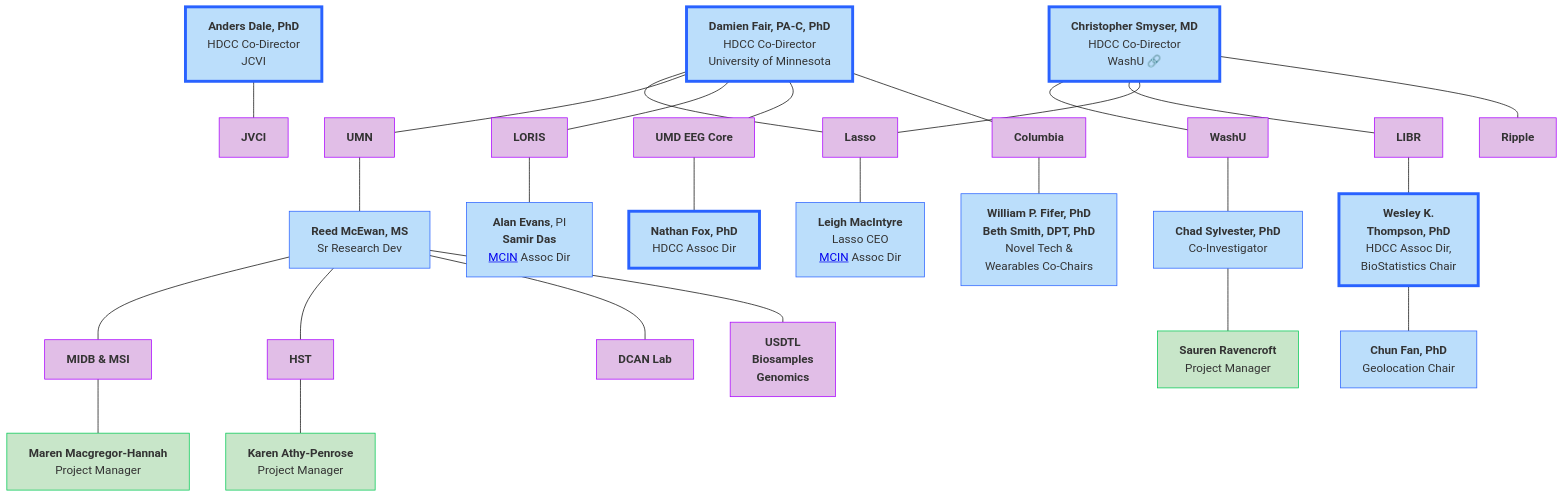
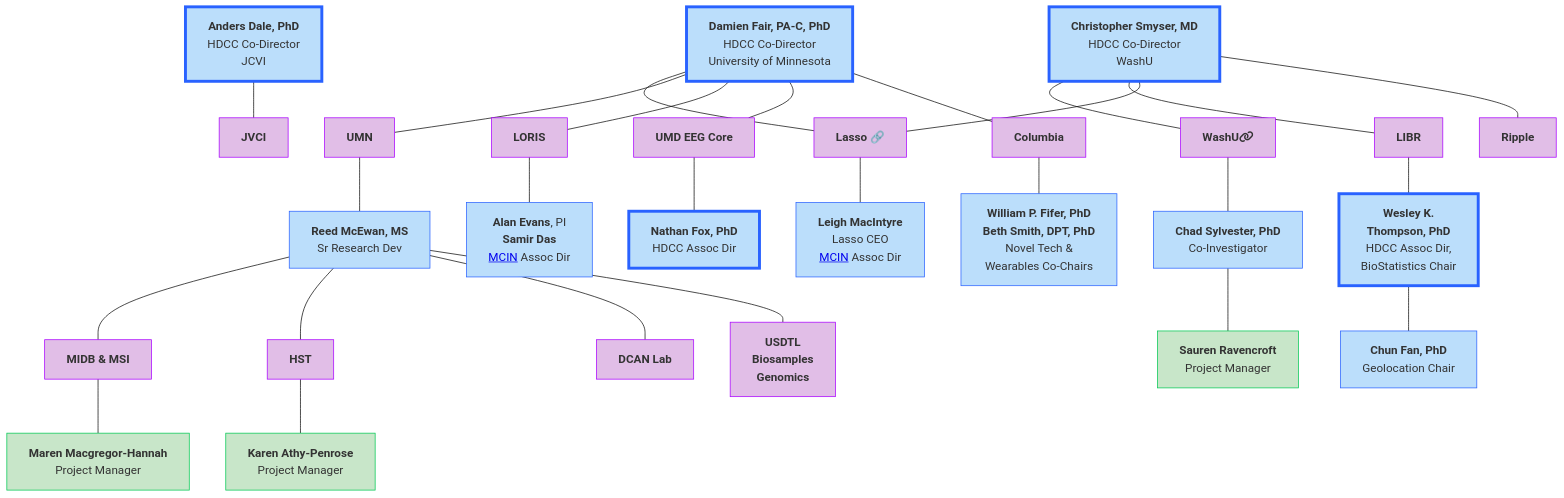
The first of 9 diagrams in docs/orgcharts.md (DCAN-Labs/hbcd-docs-internal), drawn with Mermaid (base theme) before and after one commit.

Commit message:
add link emojis test

````diff
--- a/docs/orgcharts.md
+++ b/docs/orgcharts.md
@@ -12,54 +12,54 @@
 ```mermaid
 flowchart TB
     n2["<b>Anders Dale, PhD<br></b>HDCC Co-Director<br>JCVI"] --- jvci["<b>JVCI</b>"]
-    E["<b>Damien Fair, PA-C, PhD</b><br>HDCC Co-Director<br>University of Minnesota"] --- lasso["<b>Lasso</b>"] & umn["<b>UMN</b>"] & n7["<b>LORIS</b>"] & n8["<b>UMD EEG Core</b>"] & n11["<b>Columbia</b>"]
+    E["<b>Damien Fair, PA-C, PhD</b><br>HDCC Co-Director<br>University of Minnesota"] --- lasso["<b>Lasso</b> 🔗"] & umn["<b>UMN</b>"] & n7["<b>LORIS</b>"] & n8["<b>UMD EEG Core</b>"] & n11["<b>Columbia</b>"]
     lasso --- lasso1["<b>Leigh MacIntyre</b><br>Lasso CEO<br><a href="https://mcin.ca/about-mcin/" target="_blank">MCIN</a> Assoc Dir"]
-    n1["<b>Christopher Smyser, MD<br></b>HDCC Co-Director<br>WashU 🔗"] --- n10["<b>WashU</b><br>"] & n12["<b>LIBR</b>"] & lasso
+    n1["<b>Christopher Smyser, MD<br></b>HDCC Co-Director<br>WashU"] --- n10["<b>WashU</b><i class="fa-solid fa-link"></i>"] & n12["<b>LIBR</b>"] & lasso
     n16["<b>Wesley K.<br>Thompson, PhD</b><br>HDCC Assoc Dir,<br>BioStatistics Chair"] --- n17["<b>Chun Fan, PhD</b><br>Geolocation Chair"]
     n12 --- n16
     n8 --- n19["<b>Nathan Fox, PhD<br></b>HDCC Assoc Dir"]
     n7 --- n20["<b>Alan Evans</b>, PI<br><b>Samir Das</b><br><a href="https://mcin.ca/about-mcin/" target="_blank">MCIN</a> Assoc Dir"]
     umn --- reed["<b>Reed McEwan, MS</b><br>Sr Research Dev"]
     n10 --- n22["<b>Chad Sylvester, PhD</b><br>Co-Investigator"]
     n11 --- n18["<b>William P. Fifer, PhD</b><br><b>Beth Smith, DPT, PhD</b><br>Novel Tech &<br>Wearables Co-Chairs"]
     reed --- n25["<b>MIDB &amp; MSI</b>"] & n27["<b>HST</b>"] & n28["<b>DCAN Lab</b>"] & n29["<b>USDTL<br>Biosamples<br>Genomics</b>"]
     n25 --- n30["<b>Maren Macgregor-Hannah</b><br>Project Manager"]
     n27 --- n31["<b>Karen Athy-Penrose</b><br>Project Manager"]
     n22 --- n32["<b>Sauren Ravencroft</b><br>Project Manager"]
     n1 --- n24["<b>Ripple</b>"]
     style n2 fill:#BBDEFB,stroke:#2962FF,stroke-width:4px
     style jvci fill:#E1BEE7,stroke:#AA00FF
     style E fill:#BBDEFB,stroke:#2962FF,stroke-width:4px
     style lasso fill:#E1BEE7,stroke:#AA00FF
     style umn fill:#E1BEE7,stroke:#AA00FF
     style n7 fill:#E1BEE7,stroke:#AA00FF
     style n8 fill:#E1BEE7,stroke:#AA00FF
     style n11 fill:#E1BEE7,stroke:#AA00FF
     style lasso1 fill:#BBDEFB,stroke:#2962FF
     style n1 fill:#BBDEFB,stroke:#2962FF,stroke-width:4px
     style n10 fill:#E1BEE7,stroke:#AA00FF
     style n12 fill:#E1BEE7,stroke:#AA00FF
     style n16 fill:#BBDEFB,stroke:#2962FF,stroke-width:4px
     style n17 fill:#BBDEFB,stroke:#2962FF
     style n19 fill:#BBDEFB,stroke:#2962FF,stroke-width:4px
     style n20 fill:#BBDEFB,stroke:#2962FF
     style reed fill:#BBDEFB,stroke:#2962FF
     style n22 fill:#BBDEFB,stroke:#2962FF
     style n24 fill:#E1BEE7,stroke:#AA00FF
     style n18 fill:#BBDEFB,stroke:#2962FF
     style n25 fill:#E1BEE7,stroke:#AA00FF
     style n27 fill:#E1BEE7,stroke:#AA00FF
     style n28 fill:#E1BEE7,stroke:#AA00FF
     style n29 fill:#E1BEE7,stroke:#AA00FF
     style n30 fill:#C8E6C9,stroke:#00C853
     style n31 fill:#C8E6C9,stroke:#00C853
     style n32 fill:#C8E6C9,stroke:#00C853
     click jvci "#j-craig-venter-institute"
     click lasso "#lasso"
     click umn "#university-of-minnesota"
     click n7 "#loris"
     click n8 "#umd-eeg-core"
     click n10 "#washu"
     click n25 "#midb-informatics-hub-msi"
     click n27 "#health-sciences-technology"
 ```
````
